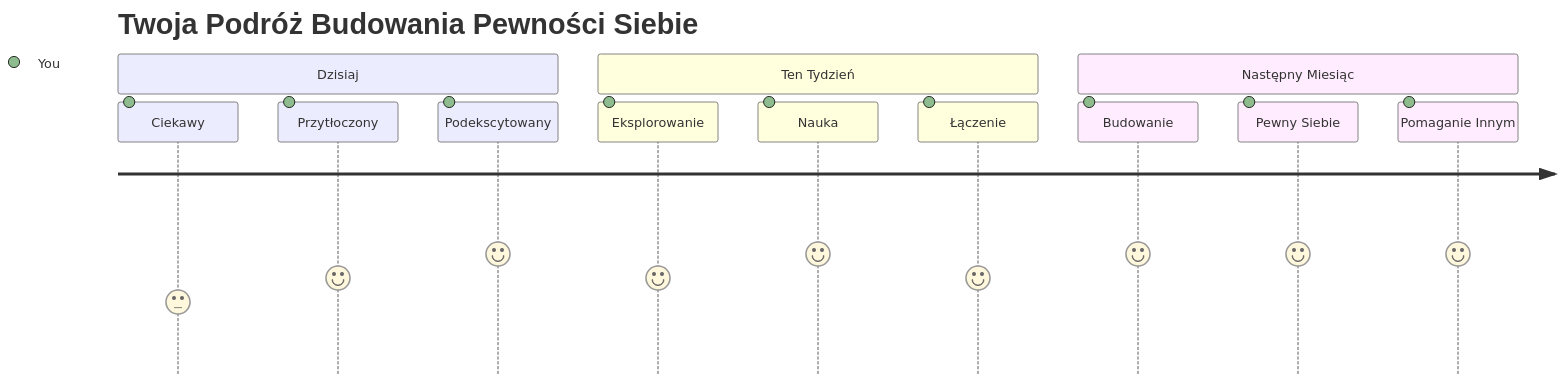
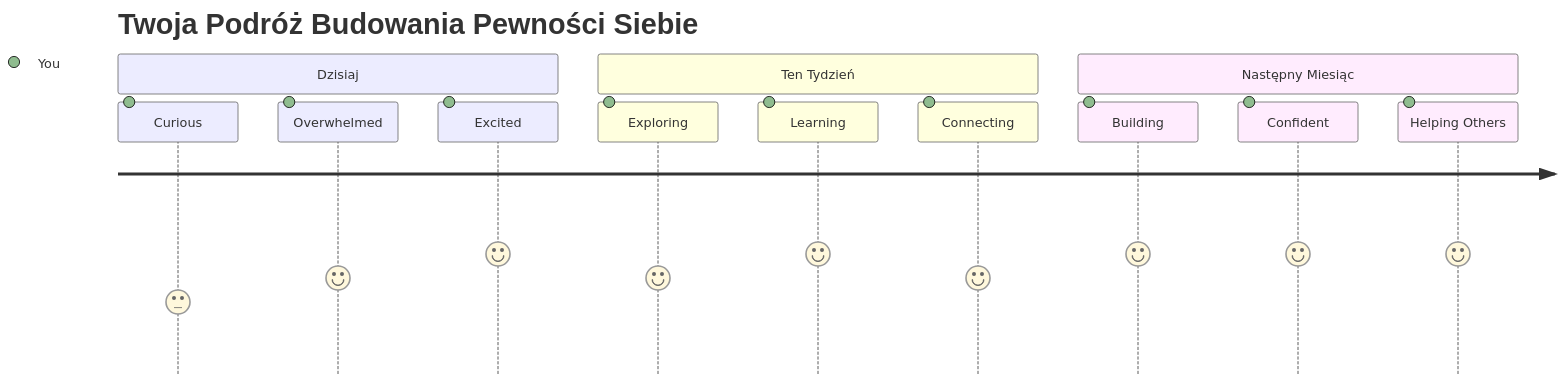
One commit to microsoft/Web-Dev-For-Beginners changed the seventh of 7 diagrams in translations/pl/1-getting-started-lessons/1-intro-to-programming-languages/README.md. Above: the diagram before and after it, drawn with Mermaid. The commit also changed other lines of this file and 11 other files, not shown here.

````diff
--- a/translations/pl/1-getting-started-lessons/1-intro-to-programming-languages/README.md
+++ b/translations/pl/1-getting-started-lessons/1-intro-to-programming-languages/README.md
@@ -833,16 +833,16 @@
 ```mermaid
 journey
     title Twoja Podróż Budowania Pewności Siebie
     section Dzisiaj
-      Ciekawy: 3: You
-      Przytłoczony: 4: You
-      Podekscytowany: 5: You
+      Curious: 3: You
+      Overwhelmed: 4: You
+      Excited: 5: You
     section Ten Tydzień
-      Eksplorowanie: 4: You
-      Nauka: 5: You
-      Łączenie: 4: You
+      Exploring: 4: You
+      Learning: 5: You
+      Connecting: 4: You
     section Następny Miesiąc
-      Budowanie: 5: You
-      Pewny Siebie: 5: You
-      Pomaganie Innym: 5: You
+      Building: 5: You
+      Confident: 5: You
+      Helping Others: 5: You
 ```
````
